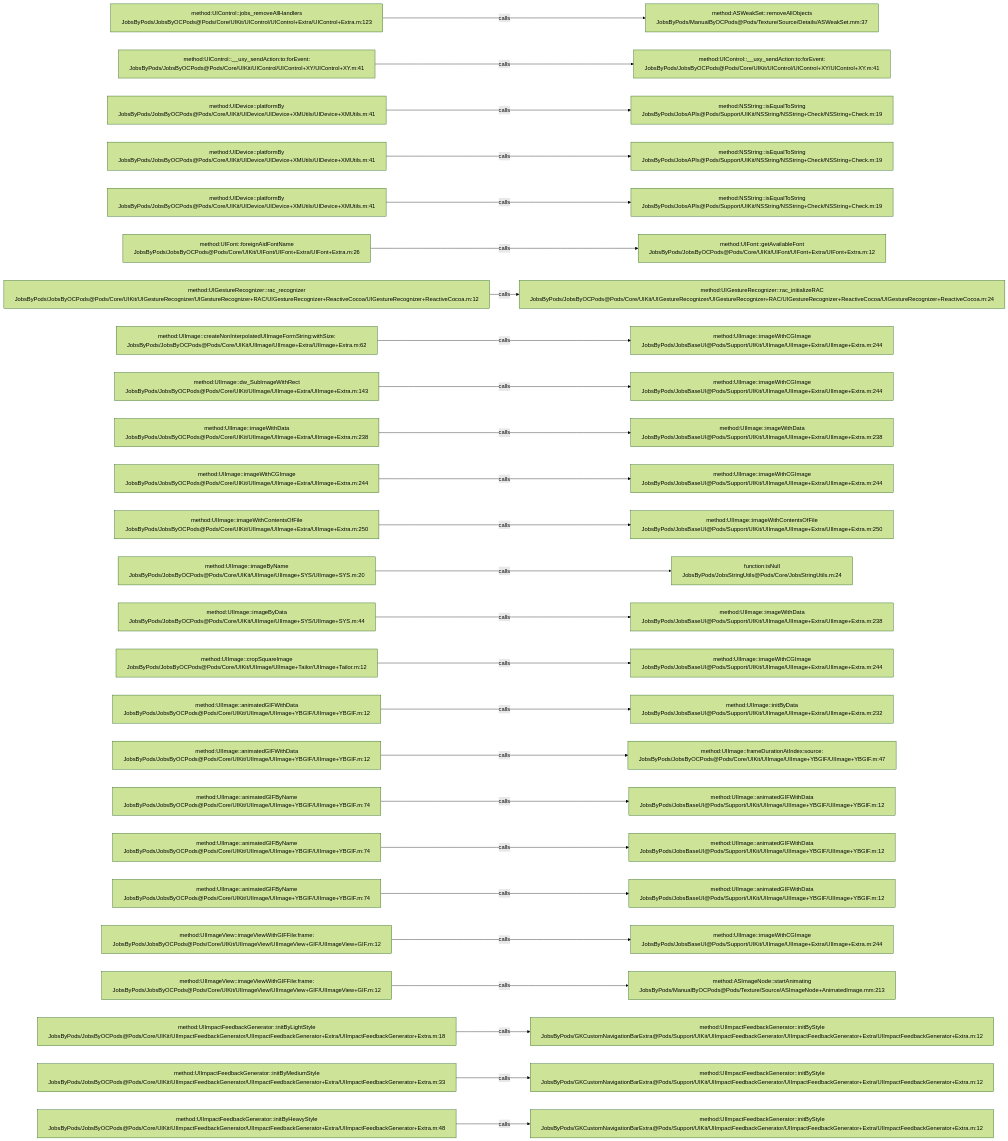
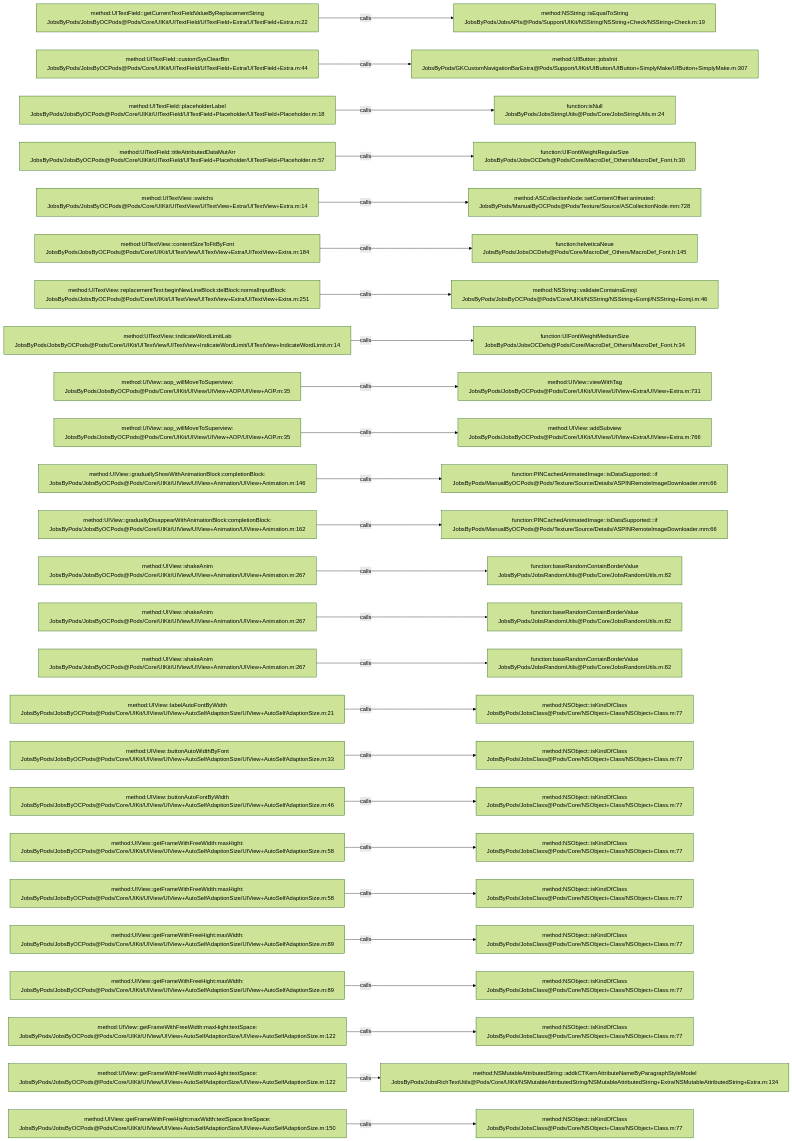
One commit to JobsKits/JobsOCBaseConfigDemo changed the diagram in .codegraph/codegraph.md/graphs/calls-061.md. Above: the diagram before and after it, drawn with Mermaid (forest theme). The commit also changed 639 other files, not shown here.

````diff
--- a/.codegraph/codegraph.md/graphs/calls-061.md
+++ b/.codegraph/codegraph.md/graphs/calls-061.md
@@ -13,78 +13,78 @@
 ```mermaid
 flowchart LR
-  S1["method:UIControl::jobs_removeAllHandlers<br/>JobsByPods/JobsByOCPods@Pods/Core/UIKit/UIControl/UIControl+Extra/UIControl+Extra.m:123"]
-  T1["method:ASWeakSet::removeAllObjects<br/>JobsByPods/ManualByOCPods@Pods/Texture/Source/Details/ASWeakSet.mm:37"]
+  S1["method:UITextField::getCurrentTextFieldValueByReplacementString<br/>JobsByPods/JobsByOCPods@Pods/Core/UIKit/UITextField/UITextField+Extra/UITextField+Extra.m:22"]
+  T1["method:NSString::isEqualToString<br/>JobsByPods/JobsAPIs@Pods/Support/UIKit/NSString/NSString+Check/NSString+Check.m:19"]
   S1 -->|calls| T1
-  S2["method:UIControl::__uxy_sendAction:to:forEvent:<br/>JobsByPods/JobsByOCPods@Pods/Core/UIKit/UIControl/UIControl+XY/UIControl+XY.m:41"]
-  T2["method:UIControl::__uxy_sendAction:to:forEvent:<br/>JobsByPods/JobsByOCPods@Pods/Core/UIKit/UIControl/UIControl+XY/UIControl+XY.m:41"]
+  S2["method:UITextField::customSysClearBtn<br/>JobsByPods/JobsByOCPods@Pods/Core/UIKit/UITextField/UITextField+Extra/UITextField+Extra.m:44"]
+  T2["method:UIButton::jobsInit<br/>JobsByPods/GKCustomNavigationBarExtra@Pods/Support/UIKit/UIButton/UIButton+SimplyMake/UIButton+SimplyMake.m:307"]
   S2 -->|calls| T2
-  S3["method:UIDevice::platformBy<br/>JobsByPods/JobsByOCPods@Pods/Core/UIKit/UIDevice/UIDevice+XMUtils/UIDevice+XMUtils.m:41"]
-  T3["method:NSString::isEqualToString<br/>JobsByPods/JobsAPIs@Pods/Support/UIKit/NSString/NSString+Check/NSString+Check.m:19"]
+  S3["method:UITextField::placeholderLabel<br/>JobsByPods/JobsByOCPods@Pods/Core/UIKit/UITextField/UITextField+Placeholder/UITextField+Placeholder.m:18"]
+  T3["function:isNull<br/>JobsByPods/JobsStringUtils@Pods/Core/JobsStringUtils.m:24"]
   S3 -->|calls| T3
-  S4["method:UIDevice::platformBy<br/>JobsByPods/JobsByOCPods@Pods/Core/UIKit/UIDevice/UIDevice+XMUtils/UIDevice+XMUtils.m:41"]
-  T4["method:NSString::isEqualToString<br/>JobsByPods/JobsAPIs@Pods/Support/UIKit/NSString/NSString+Check/NSString+Check.m:19"]
+  S4["method:UITextField::titleAttributedDataMutArr<br/>JobsByPods/JobsByOCPods@Pods/Core/UIKit/UITextField/UITextField+Placeholder/UITextField+Placeholder.m:57"]
+  T4["function:UIFontWeightRegularSize<br/>JobsByPods/JobsOCDefs@Pods/Core/MacroDef_Others/MacroDef_Font.h:30"]
   S4 -->|calls| T4
-  S5["method:UIDevice::platformBy<br/>JobsByPods/JobsByOCPods@Pods/Core/UIKit/UIDevice/UIDevice+XMUtils/UIDevice+XMUtils.m:41"]
-  T5["method:NSString::isEqualToString<br/>JobsByPods/JobsAPIs@Pods/Support/UIKit/NSString/NSString+Check/NSString+Check.m:19"]
+  S5["method:UITextView::switchs<br/>JobsByPods/JobsByOCPods@Pods/Core/UIKit/UITextView/UITextView+Extra/UITextView+Extra.m:14"]
+  T5["method:ASCollectionNode::setContentOffset:animated:<br/>JobsByPods/ManualByOCPods@Pods/Texture/Source/ASCollectionNode.mm:728"]
   S5 -->|calls| T5
-  S6["method:UIFont::foreignAidFontName<br/>JobsByPods/JobsByOCPods@Pods/Core/UIKit/UIFont/UIFont+Extra/UIFont+Extra.m:26"]
-  T6["method:UIFont::getAvailableFont<br/>JobsByPods/JobsByOCPods@Pods/Core/UIKit/UIFont/UIFont+Extra/UIFont+Extra.m:12"]
+  S6["method:UITextView::contentSizeToFitByFont<br/>JobsByPods/JobsByOCPods@Pods/Core/UIKit/UITextView/UITextView+Extra/UITextView+Extra.m:184"]
+  T6["function:helveticaNeue<br/>JobsByPods/JobsOCDefs@Pods/Core/MacroDef_Others/MacroDef_Font.h:145"]
   S6 -->|calls| T6
-  S7["method:UIGestureRecognizer::rac_recognizer<br/>JobsByPods/JobsByOCPods@Pods/Core/UIKit/UIGestureRecognizer/UIGestureRecognizer+RAC/UIGestureRecognizer+ReactiveCocoa/UIGestureRecognizer+ReactiveCocoa.m:12"]
-  T7["method:UIGestureRecognizer::rac_initializeRAC<br/>JobsByPods/JobsByOCPods@Pods/Core/UIKit/UIGestureRecognizer/UIGestureRecognizer+RAC/UIGestureRecognizer+ReactiveCocoa/UIGestureRecognizer+ReactiveCocoa.m:24"]
+  S7["method:UITextView::replacementText:beginNewLineBlock:delBlock:normalInputBlock:<br/>JobsByPods/JobsByOCPods@Pods/Core/UIKit/UITextView/UITextView+Extra/UITextView+Extra.m:251"]
+  T7["method:NSString::validateContainsEmoji<br/>JobsByPods/JobsByOCPods@Pods/Core/UIKit/NSString/NSString+Eomji/NSString+Eomji.m:46"]
   S7 -->|calls| T7
-  S8["method:UIImage::createNonInterpolatedUIImageFormString:withSize:<br/>JobsByPods/JobsByOCPods@Pods/Core/UIKit/UIImage/UIImage+Extra/UIImage+Extra.m:62"]
-  T8["method:UIImage::imageWithCGImage<br/>JobsByPods/JobsBaseUI@Pods/Support/UIKit/UIImage/UIImage+Extra/UIImage+Extra.m:244"]
+  S8["method:UITextView::indicateWordLimitLab<br/>JobsByPods/JobsByOCPods@Pods/Core/UIKit/UITextView/UITextView+IndicateWordLimit/UITextView+IndicateWordLimit.m:14"]
+  T8["function:UIFontWeightMediumSize<br/>JobsByPods/JobsOCDefs@Pods/Core/MacroDef_Others/MacroDef_Font.h:34"]
   S8 -->|calls| T8
-  S9["method:UIImage::dw_SubImageWithRect<br/>JobsByPods/JobsByOCPods@Pods/Core/UIKit/UIImage/UIImage+Extra/UIImage+Extra.m:143"]
-  T9["method:UIImage::imageWithCGImage<br/>JobsByPods/JobsBaseUI@Pods/Support/UIKit/UIImage/UIImage+Extra/UIImage+Extra.m:244"]
+  S9["method:UIView::aop_willMoveToSuperview:<br/>JobsByPods/JobsByOCPods@Pods/Core/UIKit/UIView/UIView+AOP/UIView+AOP.m:35"]
+  T9["method:UIView::viewWithTag<br/>JobsByPods/JobsByOCPods@Pods/Core/UIKit/UIView/UIView+Extra/UIView+Extra.m:731"]
   S9 -->|calls| T9
-  S10["method:UIImage::imageWithData<br/>JobsByPods/JobsByOCPods@Pods/Core/UIKit/UIImage/UIImage+Extra/UIImage+Extra.m:238"]
-  T10["method:UIImage::imageWithData<br/>JobsByPods/JobsBaseUI@Pods/Support/UIKit/UIImage/UIImage+Extra/UIImage+Extra.m:238"]
+  S10["method:UIView::aop_willMoveToSuperview:<br/>JobsByPods/JobsByOCPods@Pods/Core/UIKit/UIView/UIView+AOP/UIView+AOP.m:35"]
+  T10["method:UIView::addSubview<br/>JobsByPods/JobsByOCPods@Pods/Core/UIKit/UIView/UIView+Extra/UIView+Extra.m:766"]
   S10 -->|calls| T10
-  S11["method:UIImage::imageWithCGImage<br/>JobsByPods/JobsByOCPods@Pods/Core/UIKit/UIImage/UIImage+Extra/UIImage+Extra.m:244"]
-  T11["method:UIImage::imageWithCGImage<br/>JobsByPods/JobsBaseUI@Pods/Support/UIKit/UIImage/UIImage+Extra/UIImage+Extra.m:244"]
+  S11["method:UIView::graduallyShowWithAnimationBlock:completionBlock:<br/>JobsByPods/JobsByOCPods@Pods/Core/UIKit/UIView/UIView+Animation/UIView+Animation.m:146"]
+  T11["function:PINCachedAnimatedImage::isDataSupported:::if<br/>JobsByPods/ManualByOCPods@Pods/Texture/Source/Details/ASPINRemoteImageDownloader.mm:66"]
   S11 -->|calls| T11
-  S12["method:UIImage::imageWithContentsOfFile<br/>JobsByPods/JobsByOCPods@Pods/Core/UIKit/UIImage/UIImage+Extra/UIImage+Extra.m:250"]
-  T12["method:UIImage::imageWithContentsOfFile<br/>JobsByPods/JobsBaseUI@Pods/Support/UIKit/UIImage/UIImage+Extra/UIImage+Extra.m:250"]
+  S12["method:UIView::graduallyDisappearWithAnimationBlock:completionBlock:<br/>JobsByPods/JobsByOCPods@Pods/Core/UIKit/UIView/UIView+Animation/UIView+Animation.m:162"]
+  T12["function:PINCachedAnimatedImage::isDataSupported:::if<br/>JobsByPods/ManualByOCPods@Pods/Texture/Source/Details/ASPINRemoteImageDownloader.mm:66"]
   S12 -->|calls| T12
-  S13["method:UIImage::imageByName<br/>JobsByPods/JobsByOCPods@Pods/Core/UIKit/UIImage/UIImage+SYS/UIImage+SYS.m:20"]
-  T13["function:isNull<br/>JobsByPods/JobsStringUtils@Pods/Core/JobsStringUtils.m:24"]
+  S13["method:UIView::shakeAnim<br/>JobsByPods/JobsByOCPods@Pods/Core/UIKit/UIView/UIView+Animation/UIView+Animation.m:267"]
+  T13["function:baseRandomContainBorderValue<br/>JobsByPods/JobsRandomUtils@Pods/Core/JobsRandomUtils.m:82"]
   S13 -->|calls| T13
-  S14["method:UIImage::imageByData<br/>JobsByPods/JobsByOCPods@Pods/Core/UIKit/UIImage/UIImage+SYS/UIImage+SYS.m:44"]
-  T14["method:UIImage::imageWithData<br/>JobsByPods/JobsBaseUI@Pods/Support/UIKit/UIImage/UIImage+Extra/UIImage+Extra.m:238"]
+  S14["method:UIView::shakeAnim<br/>JobsByPods/JobsByOCPods@Pods/Core/UIKit/UIView/UIView+Animation/UIView+Animation.m:267"]
+  T14["function:baseRandomContainBorderValue<br/>JobsByPods/JobsRandomUtils@Pods/Core/JobsRandomUtils.m:82"]
   S14 -->|calls| T14
-  S15["method:UIImage::cropSquareImage<br/>JobsByPods/JobsByOCPods@Pods/Core/UIKit/UIImage/UIImage+Tailor/UIImage+Tailor.m:12"]
-  T15["method:UIImage::imageWithCGImage<br/>JobsByPods/JobsBaseUI@Pods/Support/UIKit/UIImage/UIImage+Extra/UIImage+Extra.m:244"]
+  S15["method:UIView::shakeAnim<br/>JobsByPods/JobsByOCPods@Pods/Core/UIKit/UIView/UIView+Animation/UIView+Animation.m:267"]
+  T15["function:baseRandomContainBorderValue<br/>JobsByPods/JobsRandomUtils@Pods/Core/JobsRandomUtils.m:82"]
   S15 -->|calls| T15
-  S16["method:UIImage::animatedGIFWithData<br/>JobsByPods/JobsByOCPods@Pods/Core/UIKit/UIImage/UIImage+YBGIF/UIImage+YBGIF.m:12"]
-  T16["method:UIImage::initByData<br/>JobsByPods/JobsBaseUI@Pods/Support/UIKit/UIImage/UIImage+Extra/UIImage+Extra.m:232"]
+  S16["method:UIView::labelAutoFontByWidth<br/>JobsByPods/JobsByOCPods@Pods/Core/UIKit/UIView/UIView+AutoSelfAdaptionSize/UIView+AutoSelfAdaptionSize.m:21"]
+  T16["method:NSObject::isKindOfClass<br/>JobsByPods/JobsClass@Pods/Core/NSObject+Class/NSObject+Class.m:77"]
   S16 -->|calls| T16
-  S17["method:UIImage::animatedGIFWithData<br/>JobsByPods/JobsByOCPods@Pods/Core/UIKit/UIImage/UIImage+YBGIF/UIImage+YBGIF.m:12"]
-  T17["method:UIImage::frameDurationAtIndex:source:<br/>JobsByPods/JobsByOCPods@Pods/Core/UIKit/UIImage/UIImage+YBGIF/UIImage+YBGIF.m:47"]
+  S17["method:UIView::buttonAutoWidthByFont<br/>JobsByPods/JobsByOCPods@Pods/Core/UIKit/UIView/UIView+AutoSelfAdaptionSize/UIView+AutoSelfAdaptionSize.m:33"]
+  T17["method:NSObject::isKindOfClass<br/>JobsByPods/JobsClass@Pods/Core/NSObject+Class/NSObject+Class.m:77"]
   S17 -->|calls| T17
-  S18["method:UIImage::animatedGIFByName<br/>JobsByPods/JobsByOCPods@Pods/Core/UIKit/UIImage/UIImage+YBGIF/UIImage+YBGIF.m:74"]
-  T18["method:UIImage::animatedGIFWithData<br/>JobsByPods/JobsBaseUI@Pods/Support/UIKit/UIImage/UIImage+YBGIF/UIImage+YBGIF.m:12"]
+  S18["method:UIView::buttonAutoFontByWidth<br/>JobsByPods/JobsByOCPods@Pods/Core/UIKit/UIView/UIView+AutoSelfAdaptionSize/UIView+AutoSelfAdaptionSize.m:46"]
+  T18["method:NSObject::isKindOfClass<br/>JobsByPods/JobsClass@Pods/Core/NSObject+Class/NSObject+Class.m:77"]
   S18 -->|calls| T18
-  S19["method:UIImage::animatedGIFByName<br/>JobsByPods/JobsByOCPods@Pods/Core/UIKit/UIImage/UIImage+YBGIF/UIImage+YBGIF.m:74"]
-  T19["method:UIImage::animatedGIFWithData<br/>JobsByPods/JobsBaseUI@Pods/Support/UIKit/UIImage/UIImage+YBGIF/UIImage+YBGIF.m:12"]
+  S19["method:UIView::getFrameWithFreeWidth:maxHight:<br/>JobsByPods/JobsByOCPods@Pods/Core/UIKit/UIView/UIView+AutoSelfAdaptionSize/UIView+AutoSelfAdaptionSize.m:58"]
+  T19["method:NSObject::isKindOfClass<br/>JobsByPods/JobsClass@Pods/Core/NSObject+Class/NSObject+Class.m:77"]
   S19 -->|calls| T19
-  S20["method:UIImage::animatedGIFByName<br/>JobsByPods/JobsByOCPods@Pods/Core/UIKit/UIImage/UIImage+YBGIF/UIImage+YBGIF.m:74"]
-  T20["method:UIImage::animatedGIFWithData<br/>JobsByPods/JobsBaseUI@Pods/Support/UIKit/UIImage/UIImage+YBGIF/UIImage+YBGIF.m:12"]
+  S20["method:UIView::getFrameWithFreeWidth:maxHight:<br/>JobsByPods/JobsByOCPods@Pods/Core/UIKit/UIView/UIView+AutoSelfAdaptionSize/UIView+AutoSelfAdaptionSize.m:58"]
+  T20["method:NSObject::isKindOfClass<br/>JobsByPods/JobsClass@Pods/Core/NSObject+Class/NSObject+Class.m:77"]
   S20 -->|calls| T20
-  S21["method:UIImageView::imageViewWithGIFFile:frame:<br/>JobsByPods/JobsByOCPods@Pods/Core/UIKit/UIImageView/UIImageView+GIF/UIImageView+GIF.m:12"]
-  T21["method:UIImage::imageWithCGImage<br/>JobsByPods/JobsBaseUI@Pods/Support/UIKit/UIImage/UIImage+Extra/UIImage+Extra.m:244"]
+  S21["method:UIView::getFrameWithFreeHight:maxWidth:<br/>JobsByPods/JobsByOCPods@Pods/Core/UIKit/UIView/UIView+AutoSelfAdaptionSize/UIView+AutoSelfAdaptionSize.m:89"]
+  T21["method:NSObject::isKindOfClass<br/>JobsByPods/JobsClass@Pods/Core/NSObject+Class/NSObject+Class.m:77"]
   S21 -->|calls| T21
-  S22["method:UIImageView::imageViewWithGIFFile:frame:<br/>JobsByPods/JobsByOCPods@Pods/Core/UIKit/UIImageView/UIImageView+GIF/UIImageView+GIF.m:12"]
-  T22["method:ASImageNode::startAnimating<br/>JobsByPods/ManualByOCPods@Pods/Texture/Source/ASImageNode+AnimatedImage.mm:213"]
+  S22["method:UIView::getFrameWithFreeHight:maxWidth:<br/>JobsByPods/JobsByOCPods@Pods/Core/UIKit/UIView/UIView+AutoSelfAdaptionSize/UIView+AutoSelfAdaptionSize.m:89"]
+  T22["method:NSObject::isKindOfClass<br/>JobsByPods/JobsClass@Pods/Core/NSObject+Class/NSObject+Class.m:77"]
   S22 -->|calls| T22
-  S23["method:UIImpactFeedbackGenerator::initByLightStyle<br/>JobsByPods/JobsByOCPods@Pods/Core/UIKit/UIImpactFeedbackGenerator/UIImpactFeedbackGenerator+Extra/UIImpactFeedbackGenerator+Extra.m:18"]
-  T23["method:UIImpactFeedbackGenerator::initByStyle<br/>JobsByPods/GKCustomNavigationBarExtra@Pods/Support/UIKit/UIImpactFeedbackGenerator/UIImpactFeedbackGenerator+Extra/UIImpactFeedbackGenerator+Extra.m:12"]
+  S23["method:UIView::getFrameWithFreeWidth:maxHight:textSpace:<br/>JobsByPods/JobsByOCPods@Pods/Core/UIKit/UIView/UIView+AutoSelfAdaptionSize/UIView+AutoSelfAdaptionSize.m:122"]
+  T23["method:NSObject::isKindOfClass<br/>JobsByPods/JobsClass@Pods/Core/NSObject+Class/NSObject+Class.m:77"]
   S23 -->|calls| T23
-  S24["method:UIImpactFeedbackGenerator::initByMediumStyle<br/>JobsByPods/JobsByOCPods@Pods/Core/UIKit/UIImpactFeedbackGenerator/UIImpactFeedbackGenerator+Extra/UIImpactFeedbackGenerator+Extra.m:33"]
-  T24["method:UIImpactFeedbackGenerator::initByStyle<br/>JobsByPods/GKCustomNavigationBarExtra@Pods/Support/UIKit/UIImpactFeedbackGenerator/UIImpactFeedbackGenerator+Extra/UIImpactFeedbackGenerator+Extra.m:12"]
+  S24["method:UIView::getFrameWithFreeWidth:maxHight:textSpace:<br/>JobsByPods/JobsByOCPods@Pods/Core/UIKit/UIView/UIView+AutoSelfAdaptionSize/UIView+AutoSelfAdaptionSize.m:122"]
+  T24["method:NSMutableAttributedString::addkCTKernAttributeNameByParagraphStyleModel<br/>JobsByPods/JobsRichTextUtils@Pods/Core/UIKit/NSMutableAttributedString/NSMutableAttributedString+Extra/NSMutableAttributedString+Extra.m:134"]
   S24 -->|calls| T24
-  S25["method:UIImpactFeedbackGenerator::initByHeavyStyle<br/>JobsByPods/JobsByOCPods@Pods/Core/UIKit/UIImpactFeedbackGenerator/UIImpactFeedbackGenerator+Extra/UIImpactFeedbackGenerator+Extra.m:48"]
-  T25["method:UIImpactFeedbackGenerator::initByStyle<br/>JobsByPods/GKCustomNavigationBarExtra@Pods/Support/UIKit/UIImpactFeedbackGenerator/UIImpactFeedbackGenerator+Extra/UIImpactFeedbackGenerator+Extra.m:12"]
+  S25["method:UIView::getFrameWithFreeHight:maxWidth:textSpace:lineSpace:<br/>JobsByPods/JobsByOCPods@Pods/Core/UIKit/UIView/UIView+AutoSelfAdaptionSize/UIView+AutoSelfAdaptionSize.m:150"]
+  T25["method:NSObject::isKindOfClass<br/>JobsByPods/JobsClass@Pods/Core/NSObject+Class/NSObject+Class.m:77"]
   S25 -->|calls| T25
 ```
````
